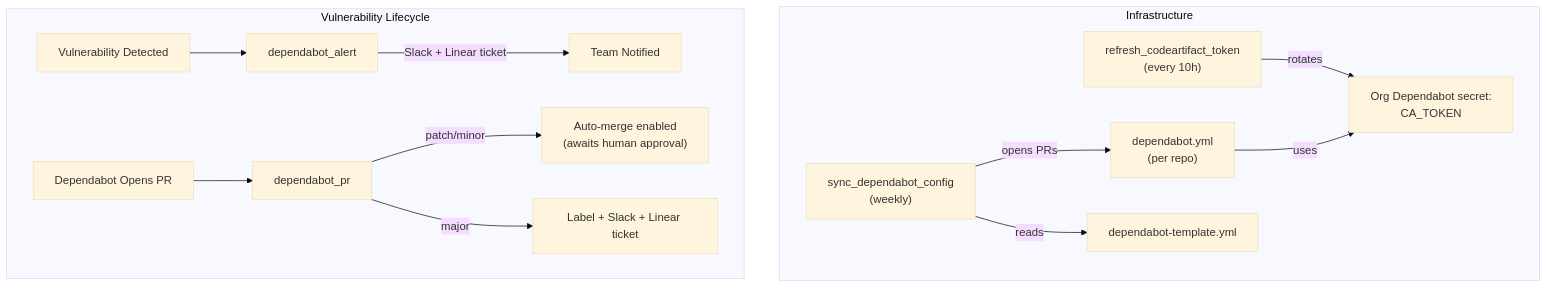
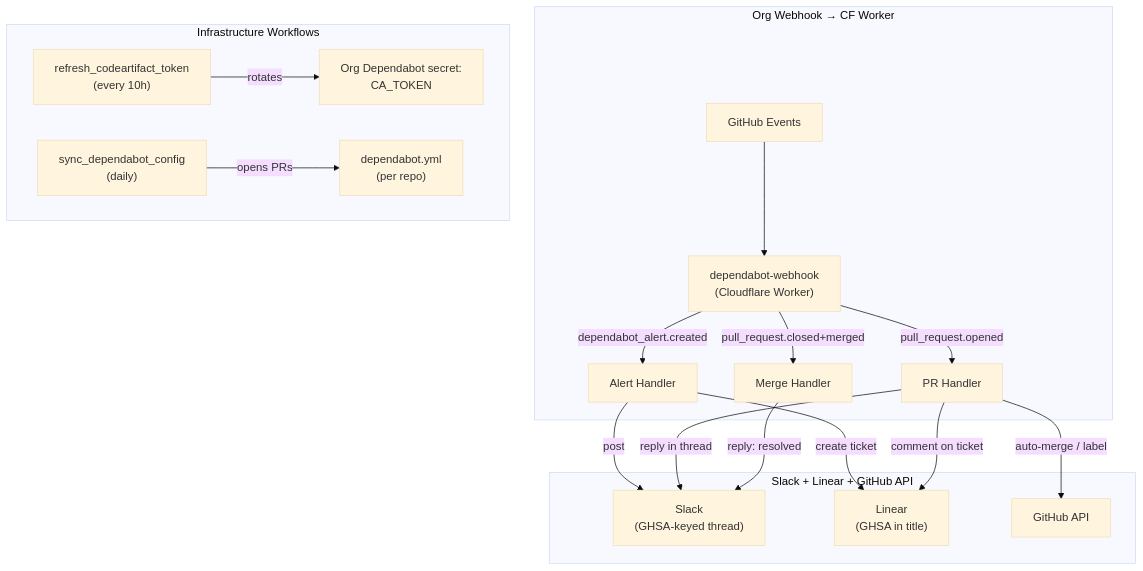
The first of 4 diagrams in README.md (amera-apps/.github), drawn with Mermaid (base theme) before and after one commit. The commit also changed other lines of this file and 15 other files, not shown here.

Commit message:
feat: moved dependabot alert/pr logic into a worker rather than a gh action

````diff
--- a/README.md
+++ b/README.md
@@ -10,18 +10,23 @@
 ```mermaid
 graph TD
-    subgraph infra [Infrastructure]
-        Refresh["refresh_codeartifact_token\n(every 10h)"] -->|"rotates"| CASecret["Org Dependabot secret:\nCA_TOKEN"]
-        Sync["sync_dependabot_config\n(weekly)"] -->|"opens PRs"| DYml["dependabot.yml\n(per repo)"]
-        Sync -->|"reads"| Template["dependabot-template.yml"]
+    subgraph webhook ["Org Webhook → CF Worker"]
+        GH["GitHub Events"] --> Worker["dependabot-webhook\n(Cloudflare Worker)"]
+        Worker -->|"dependabot_alert.created"| AlertHandler[Alert Handler]
+        Worker -->|"pull_request.opened"| PRHandler[PR Handler]
+        Worker -->|"pull_request.closed+merged"| MergeHandler[Merge Handler]
     end
 
-    subgraph lifecycle [Vulnerability Lifecycle]
-        V[Vulnerability Detected] --> A[dependabot_alert]
-        A -->|"Slack + Linear ticket"| Team[Team Notified]
-        D[Dependabot Opens PR] --> P[dependabot_pr]
-        P -->|"patch/minor"| AutoMerge["Auto-merge enabled\n(awaits human approval)"]
-        P -->|"major"| ManualReview["Label + Slack + Linear ticket"]
+    subgraph actions ["Slack + Linear + GitHub API"]
+        AlertHandler -->|"post"| Slack["Slack\n(GHSA-keyed thread)"]
+        AlertHandler -->|"create ticket"| Linear["Linear\n(GHSA in title)"]
+        PRHandler -->|"reply in thread"| Slack
+        PRHandler -->|"comment on ticket"| Linear
+        PRHandler -->|"auto-merge / label"| GitHubAPI[GitHub API]
+        MergeHandler -->|"reply: resolved"| Slack
     end
 
-    DYml -->|"uses"| CASecret
+    subgraph infra [Infrastructure Workflows]
+        Refresh["refresh_codeartifact_token\n(every 10h)"] -->|"rotates"| CASecret["Org Dependabot secret:\nCA_TOKEN"]
+        Sync["sync_dependabot_config\n(daily)"] -->|"opens PRs"| DYml["dependabot.yml\n(per repo)"]
+    end
 ```
````
